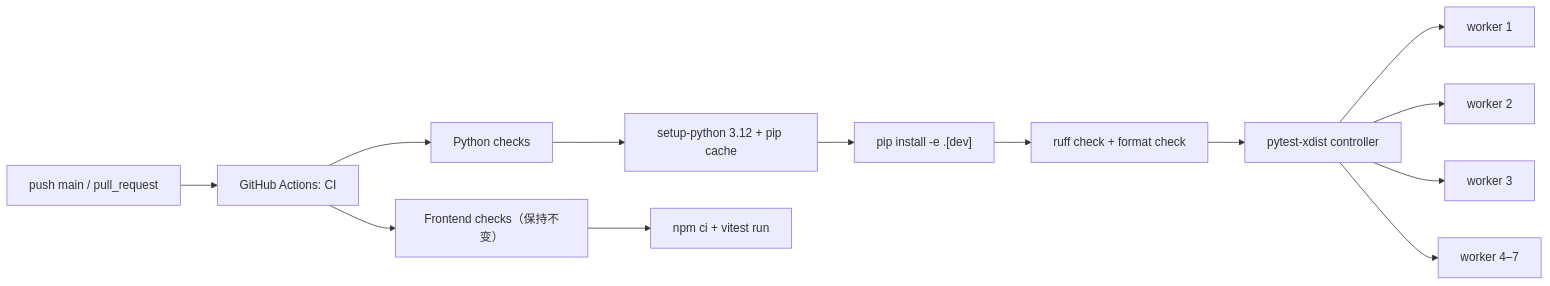
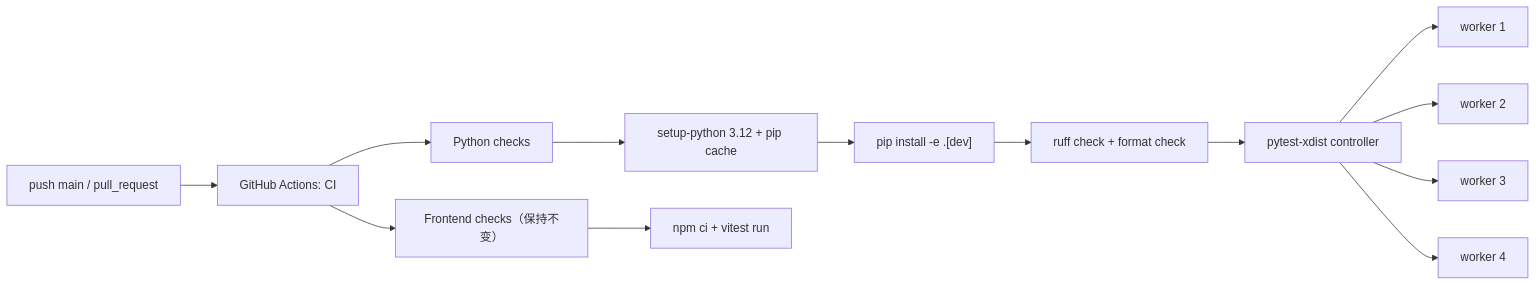
One commit to Mrchen116/nano-multiagent changed the first of 2 diagrams in docs/changes/perf-458-ci-speed/design.md. Above: the diagram before and after it, drawn with Mermaid. The commit also changed other lines of this file and 2 other files, not shown here.

````diff
--- a/docs/changes/perf-458-ci-speed/design.md
+++ b/docs/changes/perf-458-ci-speed/design.md
@@ -53,17 +54,17 @@
 ```mermaid
 graph LR
     Event["push main / pull_request"] --> CI["GitHub Actions: CI"]
     CI --> Py["Python checks"]
     CI --> FE["Frontend checks（保持不变）"]
 
     Py --> Setup["setup-python 3.12 + pip cache"]
     Setup --> Install["pip install -e .[dev]"]
     Install --> Ruff["ruff check + format check"]
     Ruff --> XDist["pytest-xdist controller"]
     XDist --> W1["worker 1"]
     XDist --> W2["worker 2"]
     XDist --> W3["worker 3"]
-    XDist --> WX["worker 4–7"]
+    XDist --> W4["worker 4"]
 
     FE --> Vitest["npm ci + vitest run"]
 ```
````
